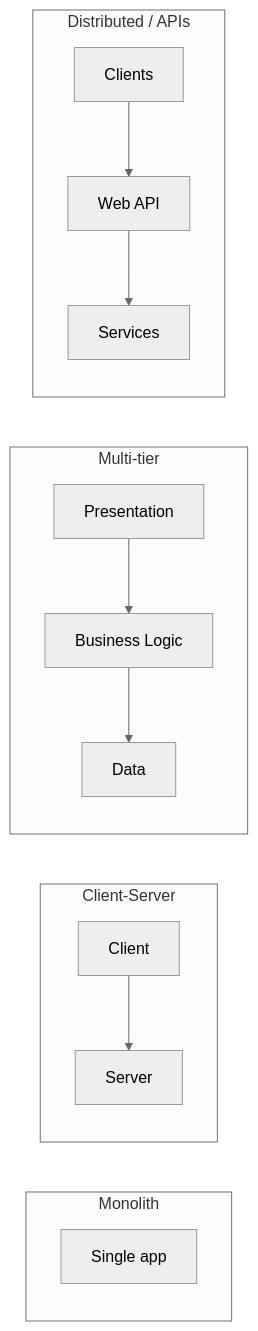
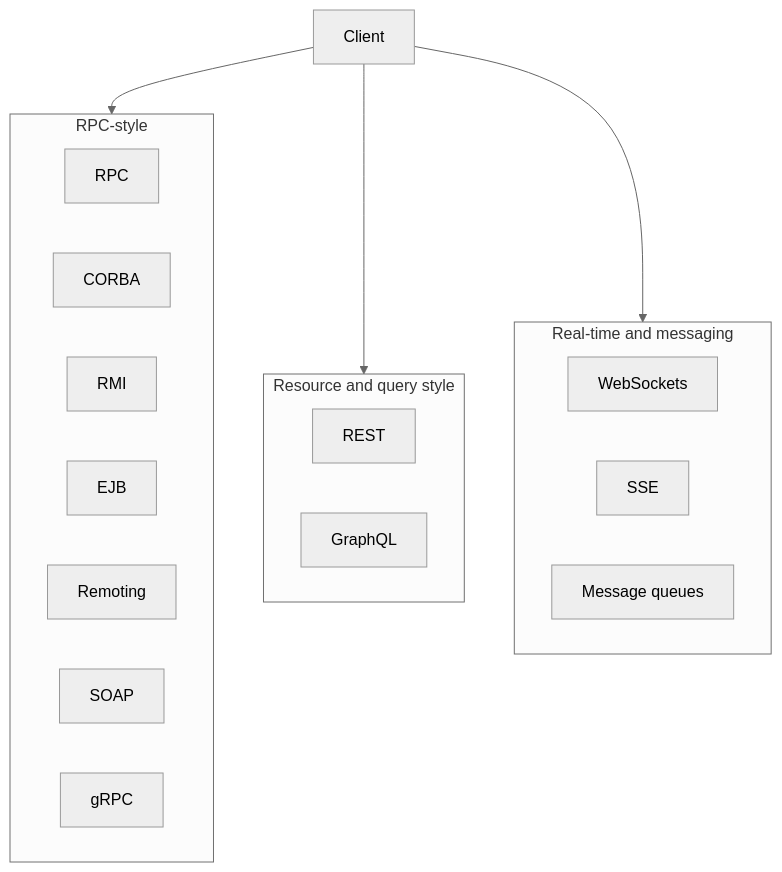
The diagram in ASP.NET-Web-API-REST-Guide.md (sridharpolepalli/dotnet-learn), drawn with Mermaid (neutral theme) before and after one commit. The commit also changed other lines of this file, not shown here.

Commit message:
rest update

````diff
--- a/ASP.NET-Web-API-REST-Guide.md
+++ b/ASP.NET-Web-API-REST-Guide.md
@@ -40,26 +89,27 @@
 ```mermaid
-flowchart LR
-    subgraph Monolith["Monolith"]
-        A[Single app]
+flowchart TB
+    subgraph RPCstyle["RPC-style"]
+        RPC[RPC]
+        CORBA[CORBA]
+        RMI[RMI]
+        EJB[EJB]
+        Remoting[Remoting]
+        SOAP[SOAP]
+        gRPC[gRPC]
     end
 
-    subgraph ClientServer["Client-Server"]
-        C[Client]
-        S[Server]
-        C --> S
+    subgraph ResourceQuery["Resource and query style"]
+        REST[REST]
+        GraphQL[GraphQL]
     end
 
-    subgraph MultiTier["Multi-tier"]
-        UI[Presentation]
-        API[Business Logic]
-        DB[Data]
-        UI --> API --> DB
+    subgraph Realtime["Real-time and messaging"]
+        WS[WebSockets]
+        SSE[SSE]
+        MQ[Message queues]
     end
 
-    subgraph Distributed["Distributed / APIs"]
-        C2[Clients]
-        API2[Web API]
-        API2 --> Svc[Services]
-        C2 --> API2
-    end
+    Client[Client] --> RPCstyle
+    Client --> ResourceQuery
+    Client --> Realtime
 ```
````
